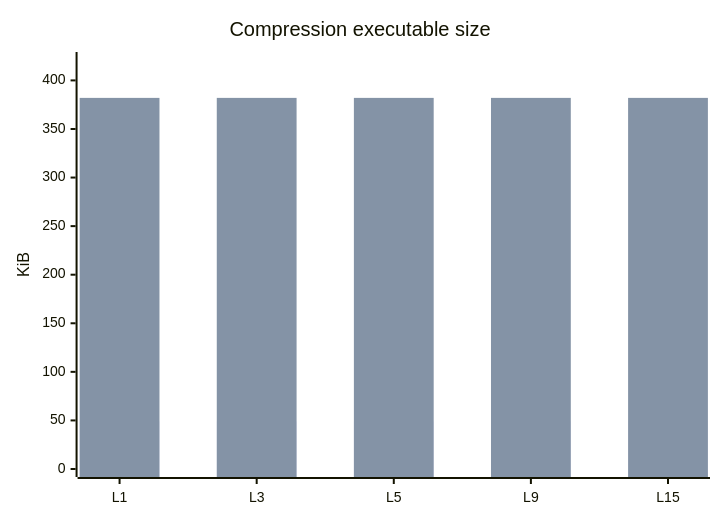
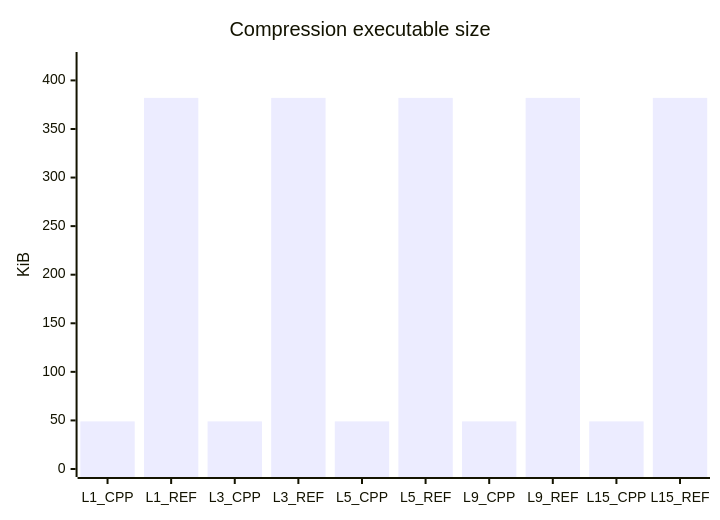
One commit to mheyman/zstdpp changed the fourth of 7 diagrams in README.md. Above: the diagram before and after it, drawn with Mermaid. The commit also changed other lines of this file and 1 other file, not shown here.

````diff
--- a/README.md
+++ b/README.md
@@ -144,8 +141,7 @@
 ```mermaid
 xychart-beta
     title "Compression executable size"
-    x-axis [L1, L3, L5, L9, L15]
+    x-axis [L1_CPP, L1_REF, L3_CPP, L3_REF, L5_CPP, L5_REF, L9_CPP, L9_REF, L15_CPP, L15_REF]
     y-axis "KiB" 0 --> 421
-    bar [49, 49, 49, 49, 49]
-    bar [382, 382, 382, 382, 382]
+    bar [49, 382, 49, 382, 49, 382, 49, 382, 49, 382]
 ```
````
